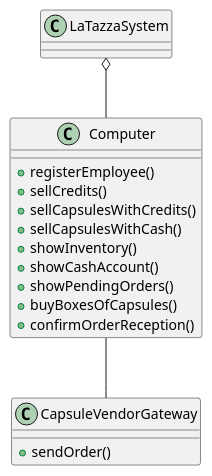
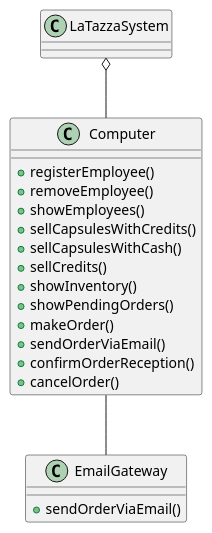
One commit to eloparco/LaTazza changed the fourth of 4 diagrams in requirements.md. Above: the diagram before and after it, drawn with PlantUML.

Commit message:
modify system design

````diff
--- a/requirements.md
+++ b/requirements.md
@@ -312,24 +312,27 @@
 ```plantuml
 class LaTazzaSystem {
 }
 
 class Computer {
   +registerEmployee()
-  +sellCredits()
+  +removeEmployee()
+  +showEmployees()
   +sellCapsulesWithCredits()
   +sellCapsulesWithCash()
+  +sellCredits()
   +showInventory()
-  +showCashAccount()
   +showPendingOrders()
-  +buyBoxesOfCapsules()
+  +makeOrder()
+  +sendOrderViaEmail()
   +confirmOrderReception()
+  +cancelOrder()
 }
 
-class CapsuleVendorGateway {
-  +sendOrder()
+class EmailGateway {
+  +sendOrderViaEmail()
 }
 
 LaTazzaSystem o-- Computer
 
-Computer -- CapsuleVendorGateway
+Computer -- EmailGateway
 ```
````
